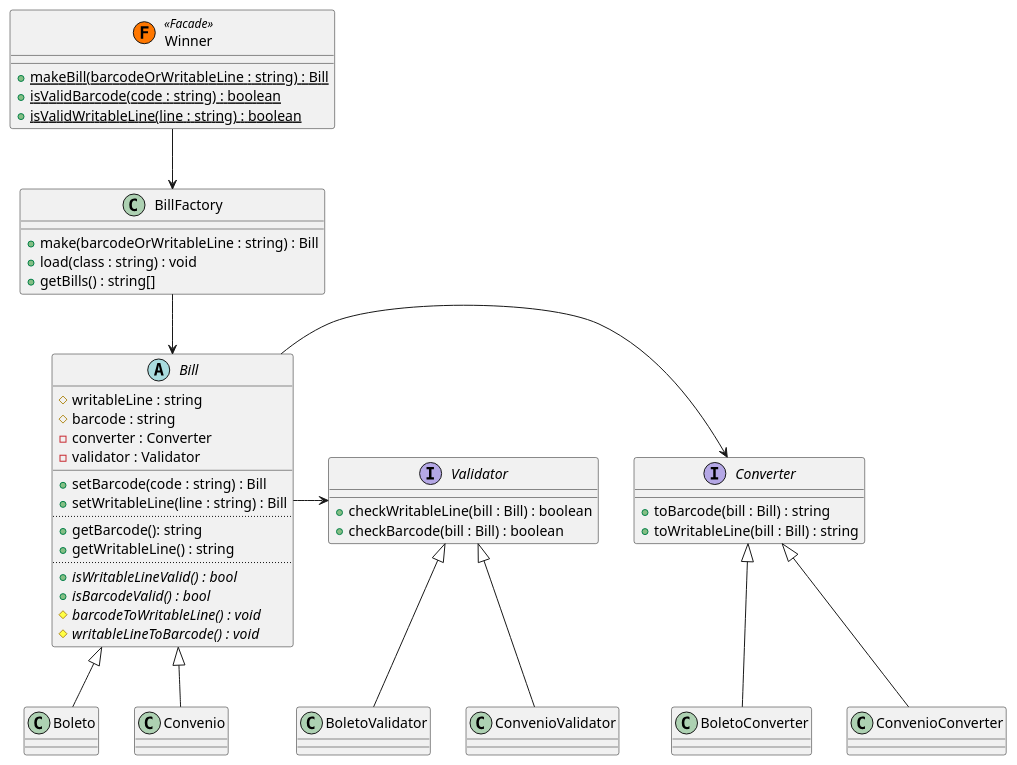
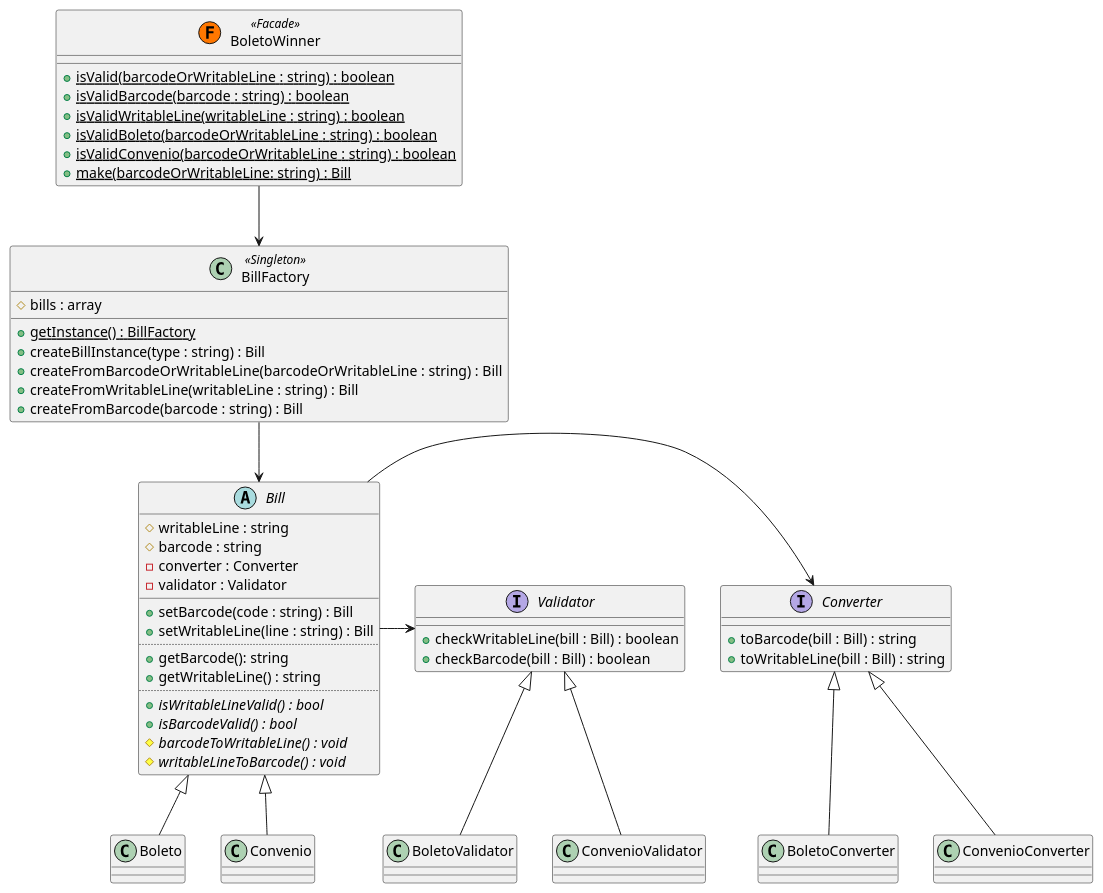
The diagram in resources/diagrams/class_diagram.puml (claudsonm/boleto-winner), drawn with PlantUML before and after one commit. The commit also changed 2 other files, not shown here.

Commit message:
Atualizando UML

```diff
--- a/resources/diagrams/class_diagram.puml
+++ b/resources/diagrams/class_diagram.puml
@@ -1,58 +1,64 @@
 @startuml
-class Winner << (F,#FF7700) Facade >> {
-    + {static} makeBill(barcodeOrWritableLine : string) : Bill
-    + {static} isValidBarcode(code : string) : boolean
-    + {static} isValidWritableLine(line : string) : boolean
+class BoletoWinner << (F,#FF7700) Facade >> {
+    + {static} isValid(barcodeOrWritableLine : string) : boolean
+    + {static} isValidBarcode(barcode : string) : boolean
+    + {static} isValidWritableLine(writableLine : string) : boolean
+    + {static} isValidBoleto(barcodeOrWritableLine : string) : boolean
+    + {static} isValidConvenio(barcodeOrWritableLine : string) : boolean
+    + {static} make(barcodeOrWritableLine: string) : Bill
 }
 
-class BillFactory {
-    + make(barcodeOrWritableLine : string) : Bill
-    + load(class : string) : void
-    + getBills() : string[]
+class BillFactory << Singleton >> {
+    # bills : array
+    + {static} getInstance() : BillFactory
+    + createBillInstance(type : string) : Bill
+    + createFromBarcodeOrWritableLine(barcodeOrWritableLine : string) : Bill
+    + createFromWritableLine(writableLine : string) : Bill
+    + createFromBarcode(barcode : string) : Bill
 }
 
 interface Converter {
     + toBarcode(bill : Bill) : string
     + toWritableLine(bill : Bill) : string
 }
 
 interface Validator {
     + checkWritableLine(bill : Bill) : boolean
     + checkBarcode(bill : Bill) : boolean
 }
 
 abstract Bill {
     # writableLine : string
     # barcode : string
     - converter : Converter
     - validator : Validator
     __
     + setBarcode(code : string) : Bill
     + setWritableLine(line : string) : Bill
     ..
     + getBarcode(): string
     + getWritableLine() : string
     ..
     + {abstract} isWritableLineValid() : bool
     + {abstract} isBarcodeValid() : bool
     # {abstract} barcodeToWritableLine() : void
     # {abstract} writableLineToBarcode() : void
 }
 
-Winner --> BillFactory
+BoletoWinner --> BillFactory
 
 BillFactory --> Bill
 
 Bill <|-- Boleto
 Bill <|-- Convenio
 
 Bill -> Converter
 Bill -> Validator
 
 Converter <|-- BoletoConverter
 Converter <|-- ConvenioConverter
 
 Validator <|-- BoletoValidator
 Validator <|-- ConvenioValidator
 
 @enduml
```
